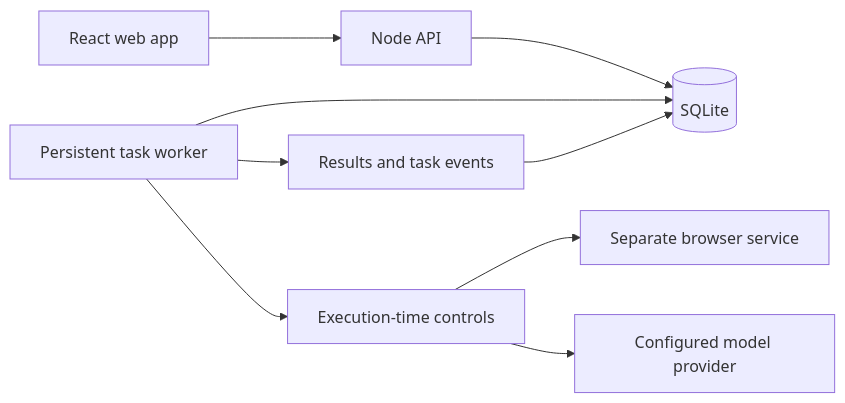
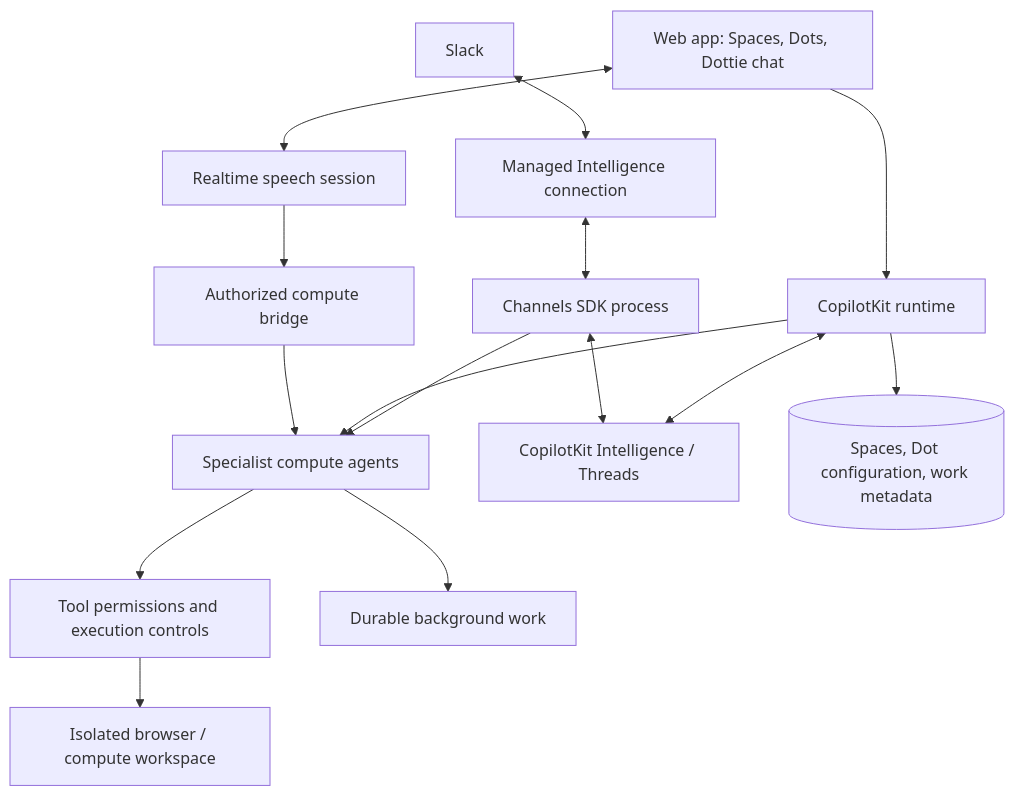
One commit to 90sRehem/OpenDots changed the diagram in README.md. Above: the diagram before and after it, drawn with Mermaid. The commit also changed other lines of this file and 2 other files, not shown here.

Commit message:
docs: define Intelligence, Spaces, and Dottie conversation requirements

````diff
--- a/README.md
+++ b/README.md
@@ -60,11 +74,17 @@
 ```mermaid
-flowchart LR
-  UI[React web app] --> API[Node API]
-  API --> DB[(SQLite)]
-  Worker[Persistent task worker] --> DB
-  Worker --> Policy[Execution-time controls]
-  Policy --> Browser[Separate browser service]
-  Policy --> Model[Configured model provider]
-  Worker --> Results[Results and task events]
-  Results --> DB
+flowchart TB
+  Web["Web app: Spaces, Dots, Dottie chat"] --> Runtime[CopilotKit runtime]
+  Slack[Slack] <--> Managed[Managed Intelligence connection]
+  Managed <--> Channels[Channels SDK process]
+  Channels --> Agents[Specialist compute agents]
+  Runtime --> Agents
+  Runtime <--> Intelligence["CopilotKit Intelligence / Threads"]
+  Channels <--> Intelligence
+  Web <--> Speech[Realtime speech session]
+  Speech --> Bridge[Authorized compute bridge]
+  Bridge --> Agents
+  Agents --> Controls[Tool permissions and execution controls]
+  Controls --> Computer[Isolated browser / compute workspace]
+  Agents --> Jobs[Durable background work]
+  Runtime --> Metadata[(Spaces, Dot configuration, work metadata)]
 ```
````
